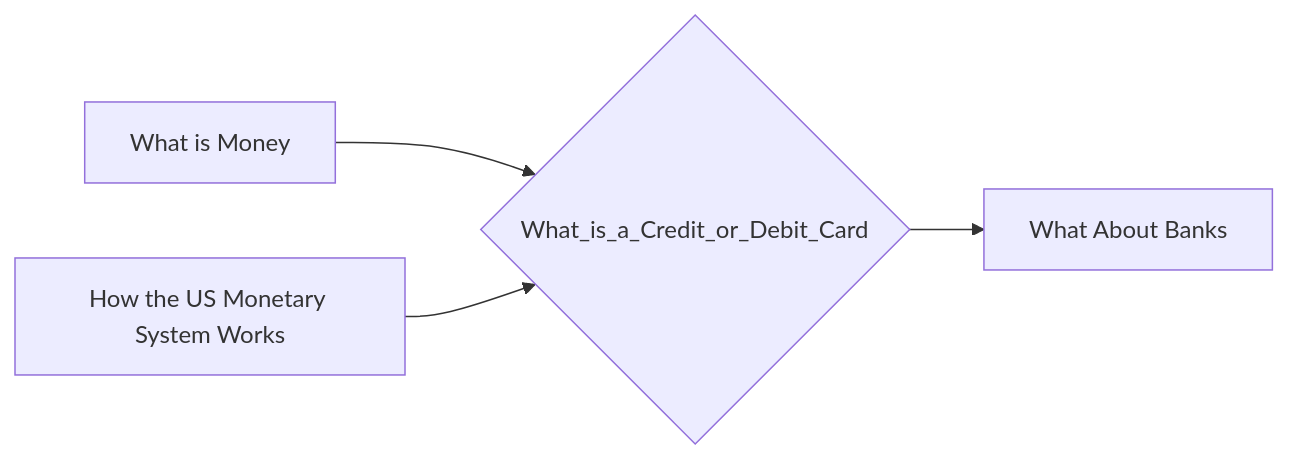
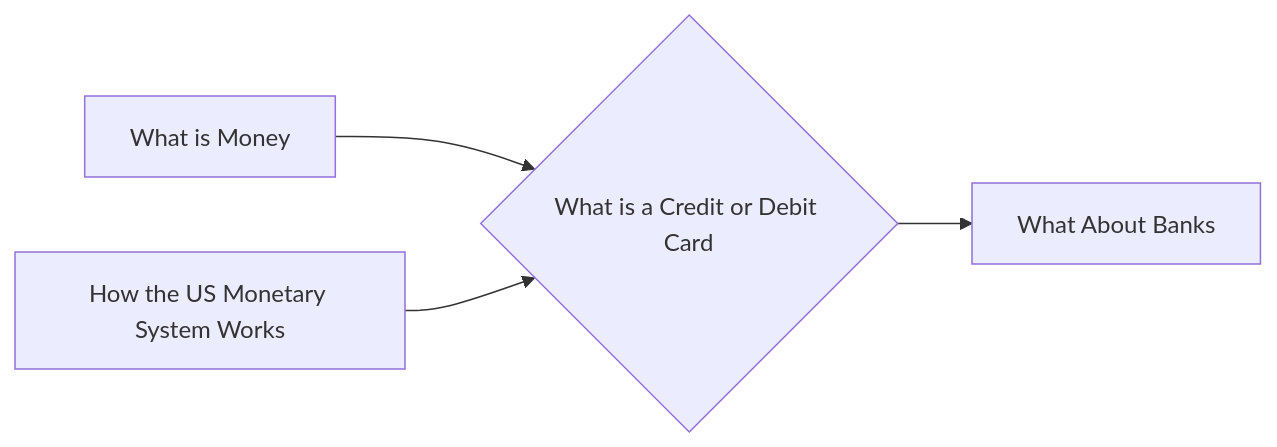
One commit to lpurdy01/crypto-knowledge-map changed the diagram in notes/What_is_a_Credit_or_Debit_Card.md. Above: the diagram before and after it, drawn with Mermaid. The commit also changed 58 other files, not shown here.

````diff
--- a/notes/What_is_a_Credit_or_Debit_Card.md
+++ b/notes/What_is_a_Credit_or_Debit_Card.md
@@ -9,6 +9,6 @@
 ```mermaid
 graph LR
-1["What is Money"]-->0{"What_is_a_Credit_or_Debit_Card"}
-2["How the US Monetary System Works"]-->0{"What_is_a_Credit_or_Debit_Card"}
-0{"What_is_a_Credit_or_Debit_Card"}-->3["What About Banks"]
+1["What is Money"]-->0{"What is a Credit or Debit Card"}
+2["How the US Monetary System Works"]-->0{"What is a Credit or Debit Card"}
+0{"What is a Credit or Debit Card"}-->3["What About Banks"]
 ```
````
